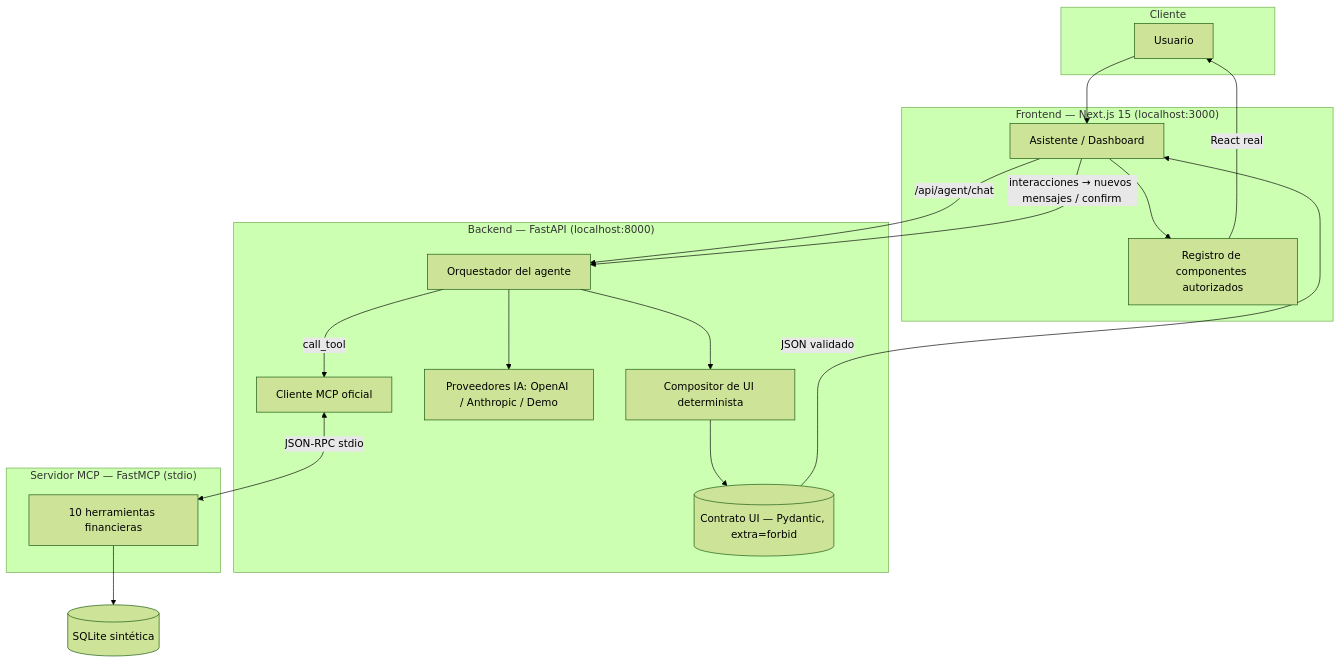
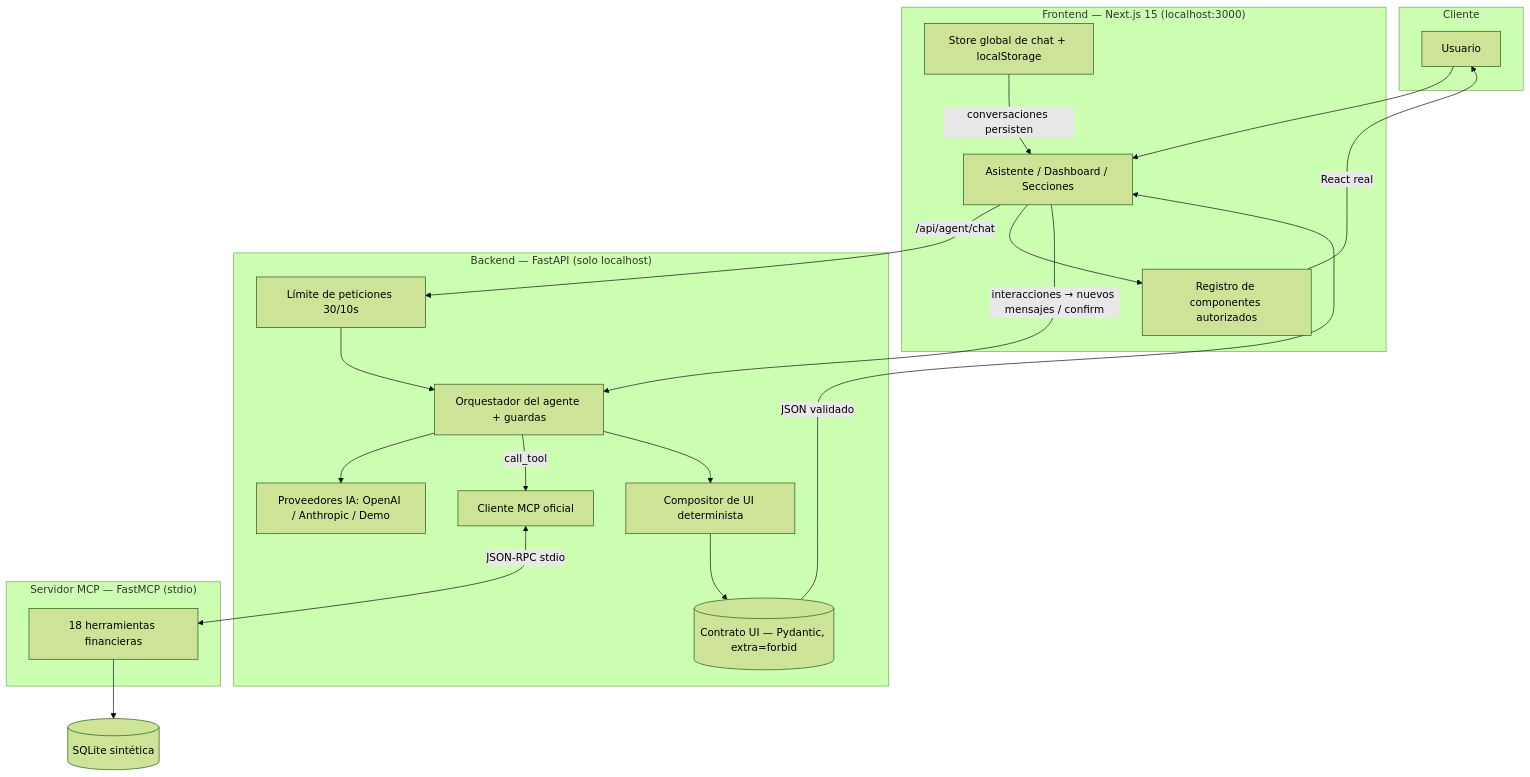
The diagram in docs/ARQUITECTURA.md (rocketquee/PROYECTO-BANORTE-HACK2026), drawn with Mermaid (forest theme) before and after one commit. The commit also changed other lines of this file and 33 other files, not shown here.

````diff
--- a/docs/ARQUITECTURA.md
+++ b/docs/ARQUITECTURA.md
@@ -5,32 +5,35 @@
 ```mermaid
 flowchart TB
     subgraph Cliente
         U[Usuario]
     end
     subgraph Frontend["Frontend — Next.js 15 (localhost:3000)"]
-        V[Asistente / Dashboard]
+        V[Asistente / Dashboard / Secciones]
         R[Registro de componentes autorizados]
+        K[Store global de chat + localStorage]
     end
-    subgraph Backend["Backend — FastAPI (localhost:8000)"]
-        A[Orquestador del agente]
+    subgraph Backend["Backend — FastAPI (solo localhost)"]
+        A[Orquestador del agente + guardas]
         C[Compositor de UI determinista]
         S[(Contrato UI — Pydantic, extra=forbid)]
         P[Proveedores IA: OpenAI / Anthropic / Demo]
         M[Cliente MCP oficial]
+        RL[Límite de peticiones 30/10s]
     end
     subgraph MCP["Servidor MCP — FastMCP (stdio)"]
-        T[10 herramientas financieras]
+        T[18 herramientas financieras]
     end
     DB[("SQLite sintética")]
 
     U --> V
-    V -->|/api/agent/chat| A
+    V -->|/api/agent/chat| RL --> A
     A --> P
     A -->|call_tool| M
     M <-->|"JSON-RPC stdio"| T
     T --> DB
     A --> C --> S
     S -->|"JSON validado"| V
     V --> R -->|React real| U
+    K -->|"conversaciones persisten"| V
     V -->|"interacciones → nuevos mensajes / confirm"| A
 ```
````
